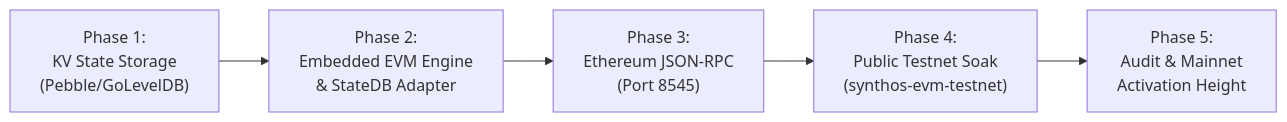
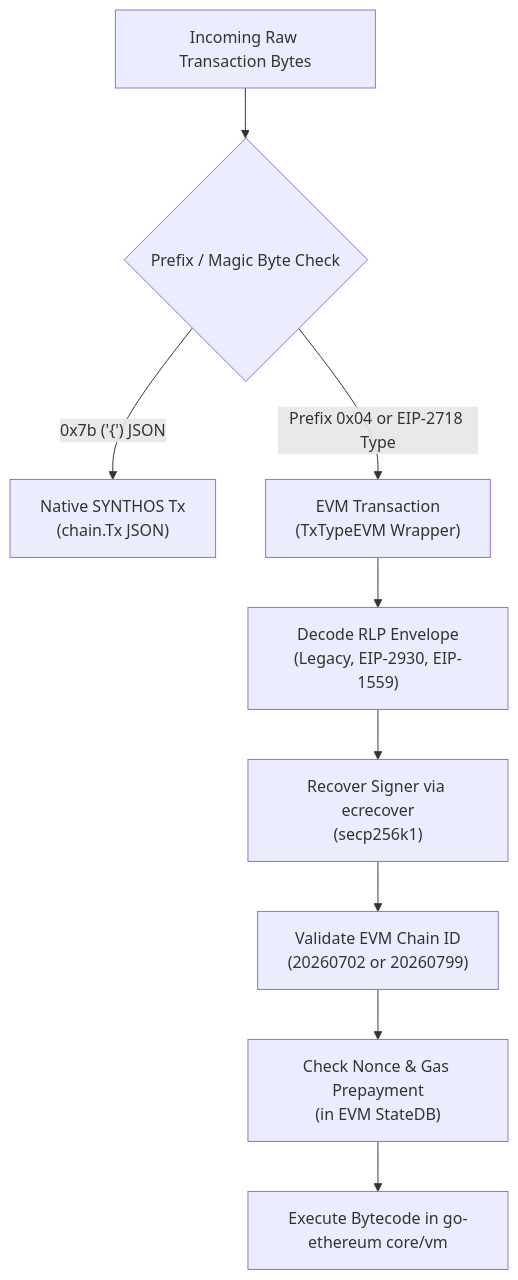
One commit to elpresidentebutch-ctrl/synthos-collective changed the first of 2 diagrams in docs/evm/DESIGN.md. Above: the diagram before and after it, drawn with Mermaid. The commit also changed other lines of this file and 8 other files, not shown here.

Commit message:
feat(evm): implement Phase 1 groundwork, KV state store prototype, and isolated devnet

````diff
--- a/docs/evm/DESIGN.md
+++ b/docs/evm/DESIGN.md
@@ -103,7 +142,12 @@
 ```mermaid
-flowchart LR
-    P1["Phase 1:<br>KV State Storage<br>(Pebble/GoLevelDB)"] --> P2["Phase 2:<br>Embedded EVM Engine<br>& StateDB Adapter"]
-    P2 --> P3["Phase 3:<br>Ethereum JSON-RPC<br>(Port 8545)"]
-    P3 --> P4["Phase 4:<br>Public Testnet Soak<br>(synthos-evm-testnet)"]
-    P4 --> P5["Phase 5:<br>Audit & Mainnet<br>Activation Height"]
+flowchart TD
+    TxRaw["Incoming Raw Transaction Bytes"] --> CheckType{"Prefix / Magic Byte Check"}
+    CheckType -- "0x7b ('{') JSON" --> NativeTx["Native SYNTHOS Tx<br>(chain.Tx JSON)"]
+    CheckType -- "Prefix 0x04 or EIP-2718 Type" --> EVMTx["EVM Transaction<br>(TxTypeEVM Wrapper)"]
+    
+    EVMTx --> DecodeRLP["Decode RLP Envelope<br>(Legacy, EIP-2930, EIP-1559)"]
+    DecodeRLP --> VerifySig["Recover Signer via ecrecover<br>(secp256k1)"]
+    VerifySig --> CheckReplay["Validate EVM Chain ID<br>(20260702 or 20260799)"]
+    CheckReplay --> CheckNonce["Check Nonce & Gas Prepayment<br>(in EVM StateDB)"]
+    CheckNonce --> ExecuteEVM["Execute Bytecode in go-ethereum core/vm"]
 ```
````
